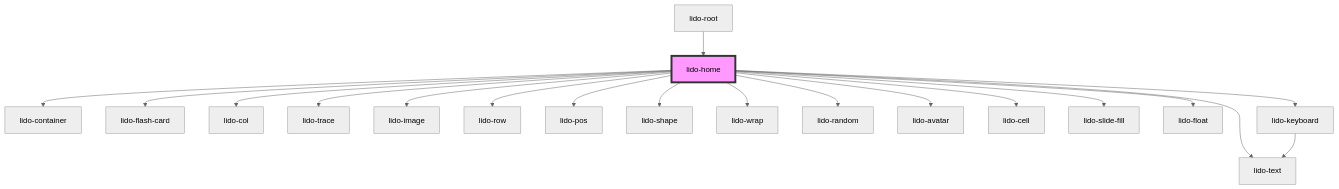
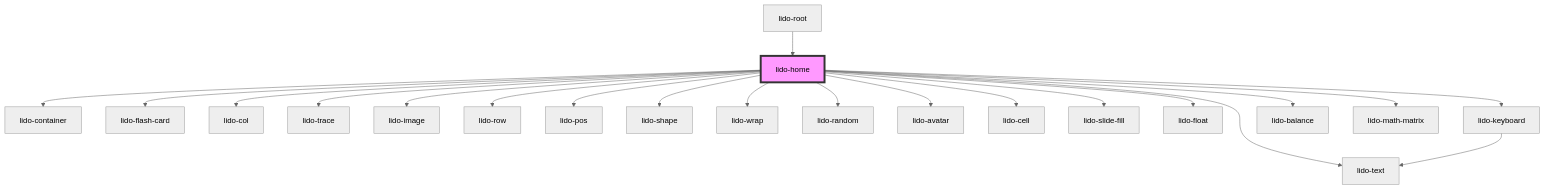
Before and after one commit to chimple/lido-player: the diagram in src/components/home/readme.md, drawn with Mermaid (neutral theme).

````diff
--- a/src/components/home/readme.md
+++ b/src/components/home/readme.md
@@ -53,22 +53,24 @@
 ```mermaid
 graph TD;
   lido-home --> lido-container
   lido-home --> lido-flash-card
   lido-home --> lido-col
   lido-home --> lido-trace
   lido-home --> lido-image
   lido-home --> lido-row
   lido-home --> lido-text
   lido-home --> lido-pos
   lido-home --> lido-shape
   lido-home --> lido-wrap
   lido-home --> lido-random
   lido-home --> lido-avatar
   lido-home --> lido-cell
   lido-home --> lido-slide-fill
   lido-home --> lido-float
   lido-home --> lido-keyboard
+  lido-home --> lido-balance
+  lido-home --> lido-math-matrix
   lido-keyboard --> lido-text
   lido-root --> lido-home
   style lido-home fill:#f9f,stroke:#333,stroke-width:4px
 ```
````
